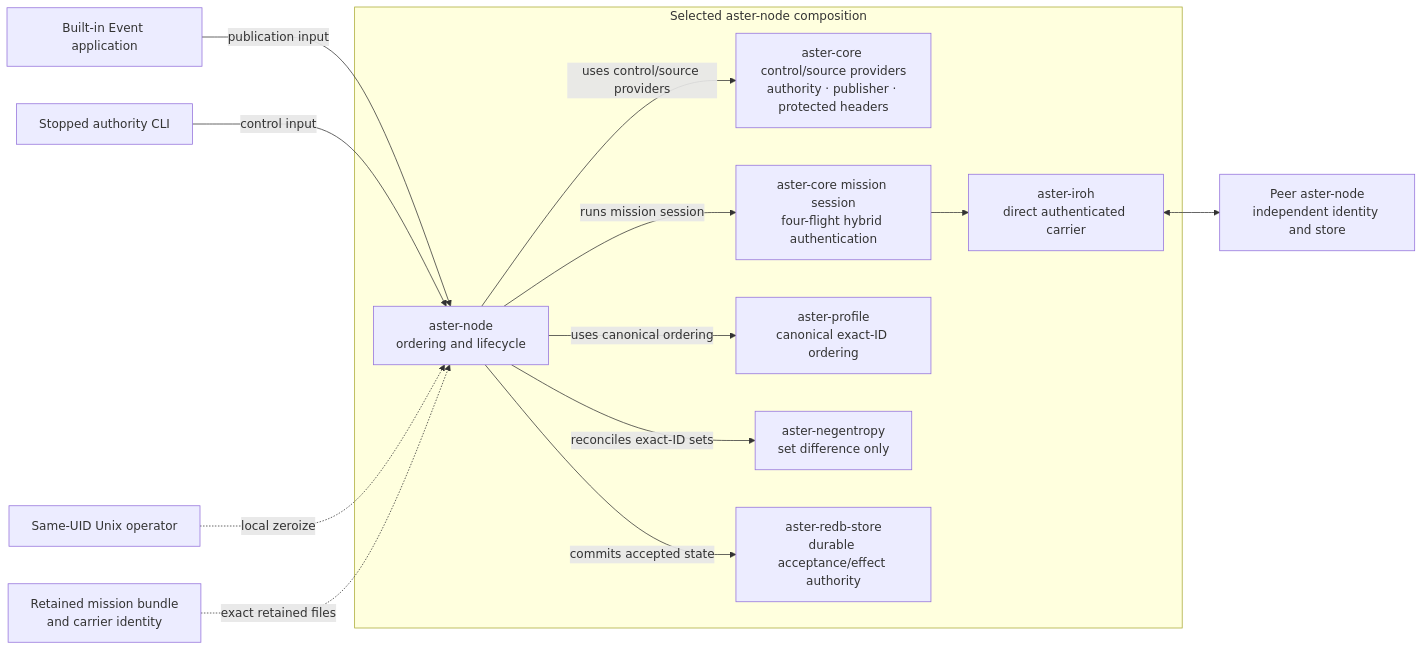
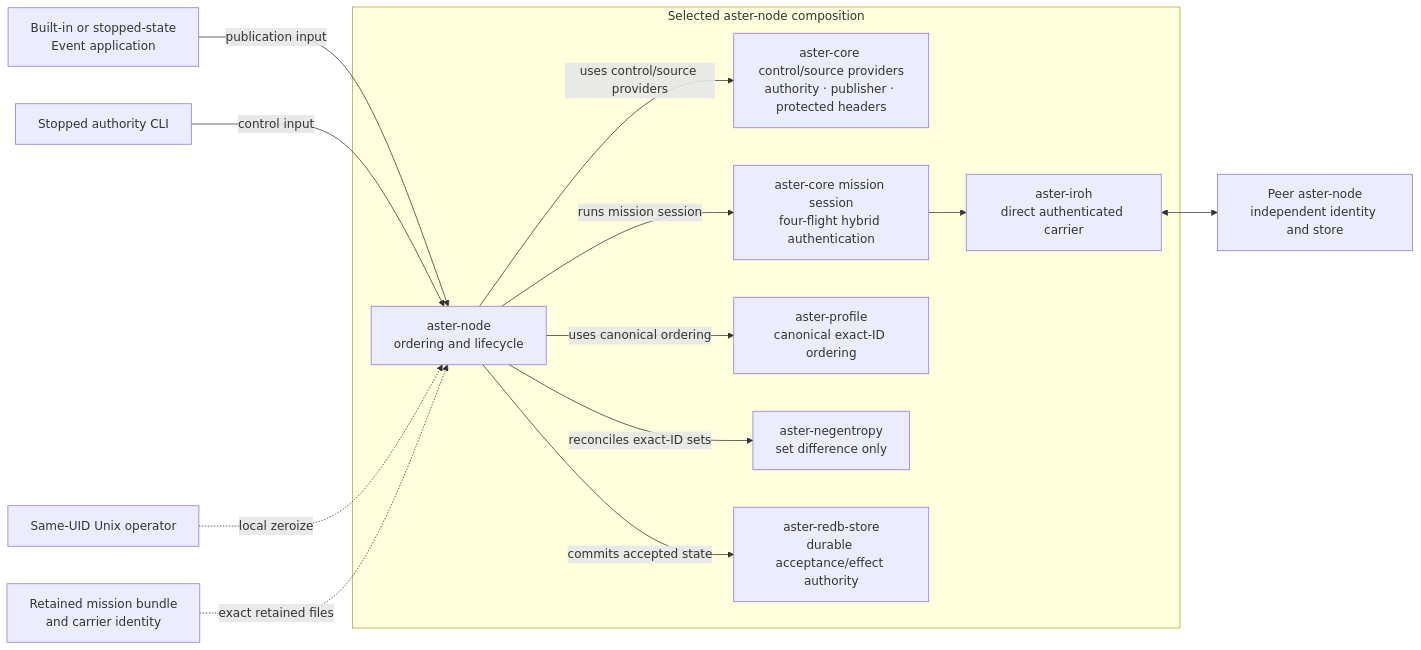
Before and after one commit to asirak-astertech/aster: the first of 3 diagrams in docs/architecture.md, drawn with Mermaid. The commit also changed other lines of this file and 13 other files, not shown here.

````diff
--- a/docs/architecture.md
+++ b/docs/architecture.md
@@ -12,29 +14,29 @@
 ```mermaid
 flowchart LR
     Operator["Same-UID Unix operator"]
     Authority["Stopped authority CLI"]
-    App["Built-in Event application"]
+    App["Built-in or stopped-state<br/>Event application"]
     Artifacts["Retained mission bundle<br/>and carrier identity"]
 
     subgraph Local["Selected aster-node composition"]
         Node["aster-node<br/>ordering and lifecycle"]
         Core["aster-core control/source providers<br/>authority · publisher · protected headers"]
         Session["aster-core mission session<br/>four-flight hybrid authentication"]
         Profile["aster-profile<br/>canonical exact-ID ordering"]
         Diff["aster-negentropy<br/>set difference only"]
         Store["aster-redb-store<br/>durable acceptance/effect authority"]
         Carrier["aster-iroh<br/>direct authenticated carrier"]
     end
 
     Peer["Peer aster-node<br/>independent identity and store"]
 
     App -->|"publication input"| Node
     Authority -->|"control input"| Node
     Node -->|"uses control/source providers"| Core
     Node -->|"uses canonical ordering"| Profile
     Node -->|"reconciles exact-ID sets"| Diff
     Node -->|"commits accepted state"| Store
     Node -->|"runs mission session"| Session --> Carrier <--> Peer
     Operator -. "local zeroize" .-> Node
     Artifacts -. "exact retained files" .-> Node
 ```
````
